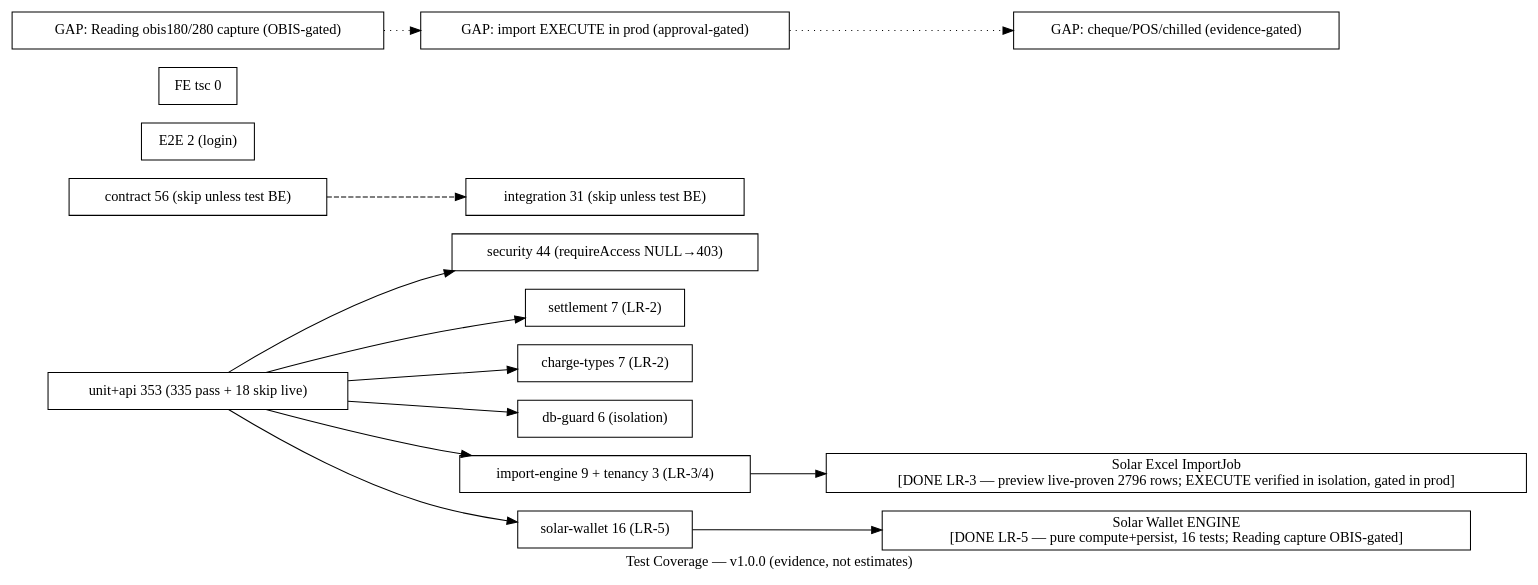
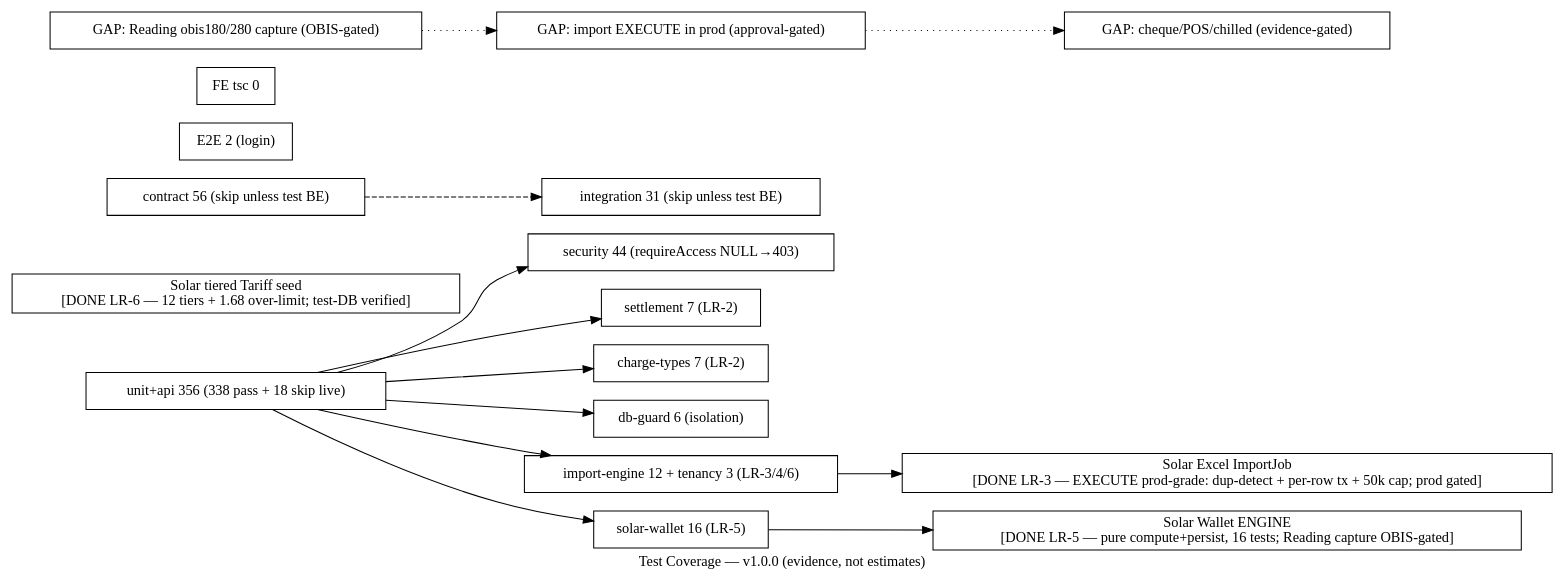
The diagram in docs/architecture/graph/TEST-COVERAGE.dot (Kirllos360/MeterVerse), drawn with Graphviz before and after one commit. The commit also changed 9 other files, not shown here.

```diff
--- a/docs/architecture/graph/TEST-COVERAGE.dot
+++ b/docs/architecture/graph/TEST-COVERAGE.dot
@@ -1,40 +1,41 @@
 // TEST-COVERAGE graph — P59-C/LR-2A v1.0.0
 // Evidence-based: unit+api 325 total (307 pass + 18 skip), contract 56 skip,
 // integration 31 skip, FE tsc 0. Tenancy + security live-proven.
 digraph TestCov {
   rankdir=LR;
   label="Test Coverage — v1.0.0 (evidence, not estimates)";
 
   node [shape=box fillcolor="#d1f5d3"];
-  UNIT [label="unit+api 353 (335 pass + 18 skip live)"];
+  UNIT [label="unit+api 356 (338 pass + 18 skip live)"];
   T_SEC [label="security 44 (requireAccess NULL→403)"];
   T_SETTLE [label="settlement 7 (LR-2)"];
   T_CHARGE [label="charge-types 7 (LR-2)"];
   T_DBGUARD [label="db-guard 6 (isolation)"];
-  T_IMPORT [label="import-engine 9 + tenancy 3 (LR-3/4)"];
+  T_IMPORT [label="import-engine 12 + tenancy 3 (LR-3/4/6)"];
   T_SOLAR [label="solar-wallet 16 (LR-5)"];
-  IMPORT_DONE [label="Solar Excel ImportJob\n[DONE LR-3 — preview live-proven 2796 rows; EXECUTE verified in isolation, gated in prod]" fillcolor="#fef7e0"];
+  IMPORT_DONE [label="Solar Excel ImportJob\n[DONE LR-3 — EXECUTE prod-grade: dup-detect + per-row tx + 50k cap; prod gated]" fillcolor="#fef7e0"];
   SOLAR_DONE [label="Solar Wallet ENGINE\n[DONE LR-5 — pure compute+persist, 16 tests; Reading capture OBIS-gated]" fillcolor="#fef7e0"];
+  TARIFF_SEED [label="Solar tiered Tariff seed\n[DONE LR-6 — 12 tiers + 1.68 over-limit; test-DB verified]" fillcolor="#fef7e0"];
 
   node [shape=box fillcolor="#fef7e0"];
   CONTRACT [label="contract 56 (skip unless test BE)"];
   INTEG [label="integration 31 (skip unless test BE)"];
   E2E [label="E2E 2 (login)"];
   TSC [label="FE tsc 0"];
 
   node [shape=box fillcolor="#fff1f0"];
   GAP1 [label="GAP: Reading obis180/280 capture (OBIS-gated)"];
   GAP2 [label="GAP: import EXECUTE in prod (approval-gated)"];
   GAP3 [label="GAP: cheque/POS/chilled (evidence-gated)"];
 
   UNIT -> T_SEC;
   UNIT -> T_SETTLE;
   UNIT -> T_CHARGE;
   UNIT -> T_DBGUARD;
   UNIT -> T_IMPORT;
   UNIT -> T_SOLAR;
   T_IMPORT -> IMPORT_DONE;
   T_SOLAR -> SOLAR_DONE;
   CONTRACT -> INTEG [style=dashed];
   GAP1 -> GAP2 -> GAP3 [style=dotted];
 }
```
